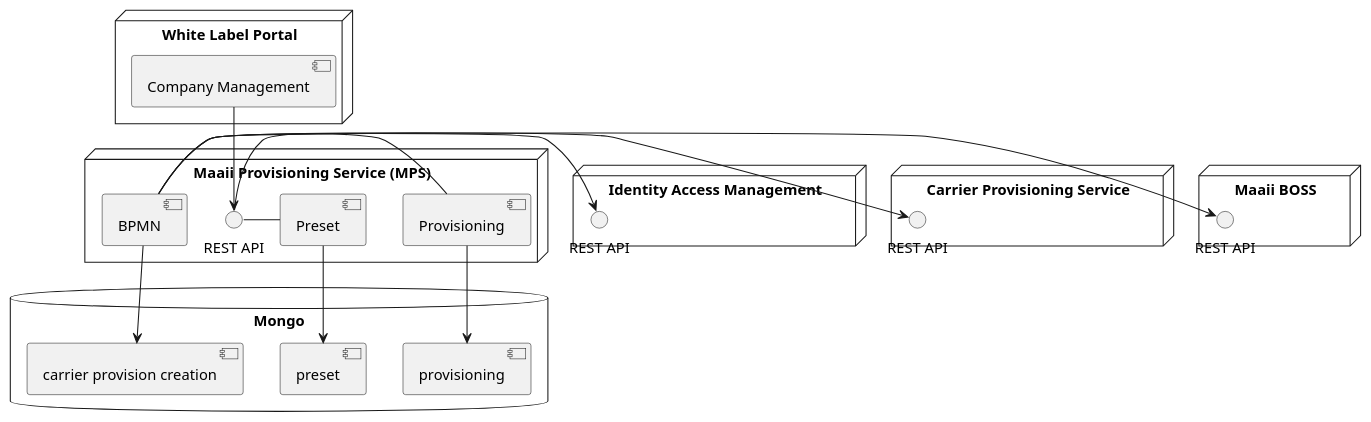
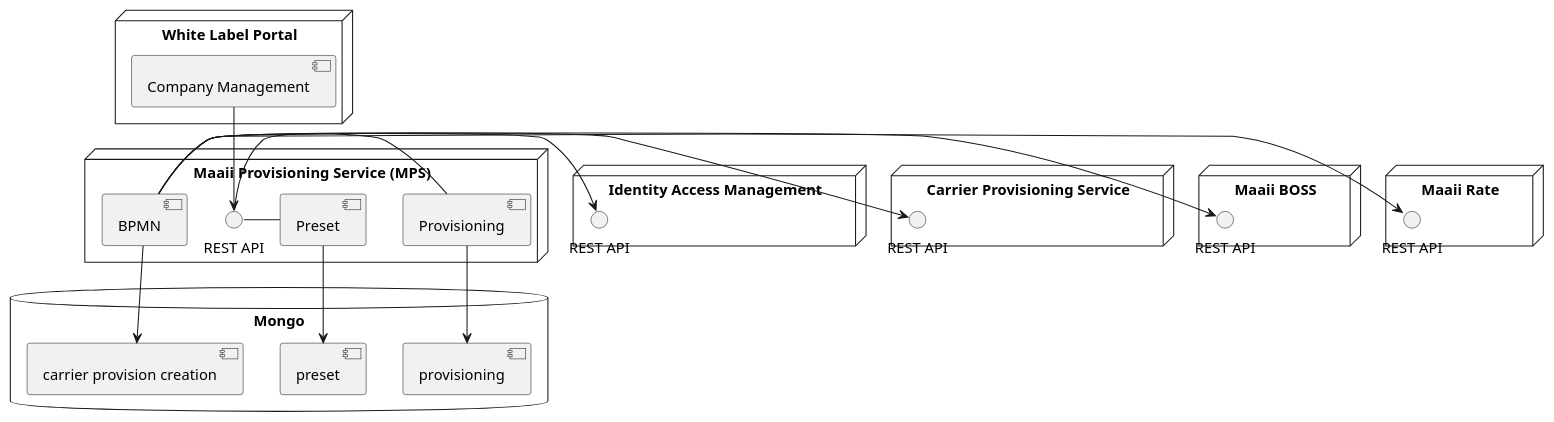
Before and after one commit to hhhuangqiong/MPS: the diagram in docs/ARCHITECTURE.md, drawn with PlantUML. The commit also changed other lines of this file and 18 other files, not shown here.

First line of the commit message:
Copy Maaii Rate Provisioning from reseller to new company

```diff
--- a/docs/ARCHITECTURE.md
+++ b/docs/ARCHITECTURE.md
@@ -3,45 +3,51 @@
 {% plantuml %}
 
 node "White Label Portal" {
   [Company Management] as WLP_COMPANY_MGMT
 }
 
 node "Maaii Provisioning Service (MPS)" {
   interface "REST API" as MPS_REST
   MPS_REST - [Provisioning]
   MPS_REST - [Preset]
   [BPMN]
 }
 
 [WLP_COMPANY_MGMT] --> MPS_REST
 
 database "Mongo" {
   [provisioning] as table_provisioning
   [preset] as table_preset
   [carrier provision creation] as table_bpmn_provision_creation
 }
 
 [Provisioning] -down-> [table_provisioning]
 [Preset] -down-> [table_preset]
 [BPMN] -down-> [table_bpmn_provision_creation]
 
 
 node "Identity Access Management" {
   interface "REST API" as IAM_REST
 }
 
 [BPMN] -right-> IAM_REST
 
 node "Carrier Provisioning Service" {
   interface "REST API" as CPS_REST
 }
 
 [BPMN] -right-> CPS_REST
 
 node "Maaii BOSS" {
   interface "REST API" as BOSS_REST
 }
 
 [BPMN] -right-> BOSS_REST
 
+node "Maaii Rate" {
+  interface "REST API" as RATE_REST
+}
+
+[BPMN] -right-> RATE_REST
+
 {% endplantuml %}
```
